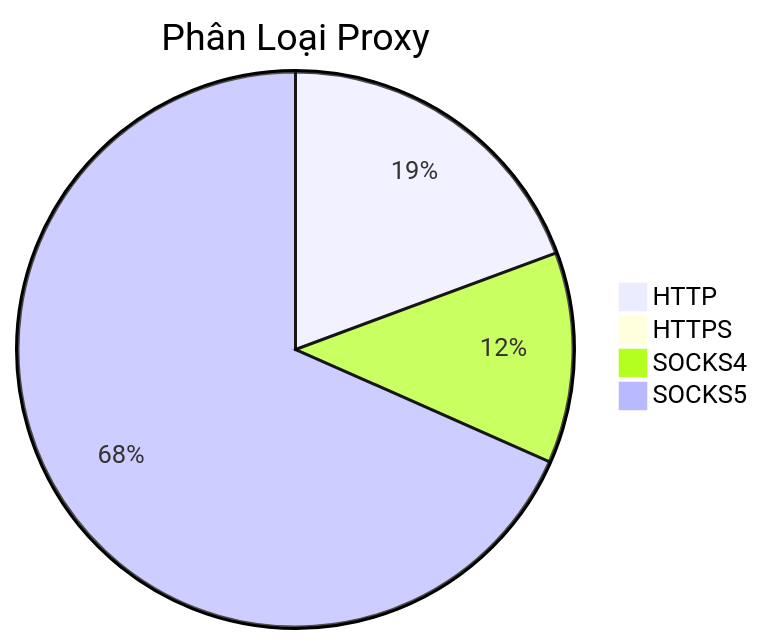
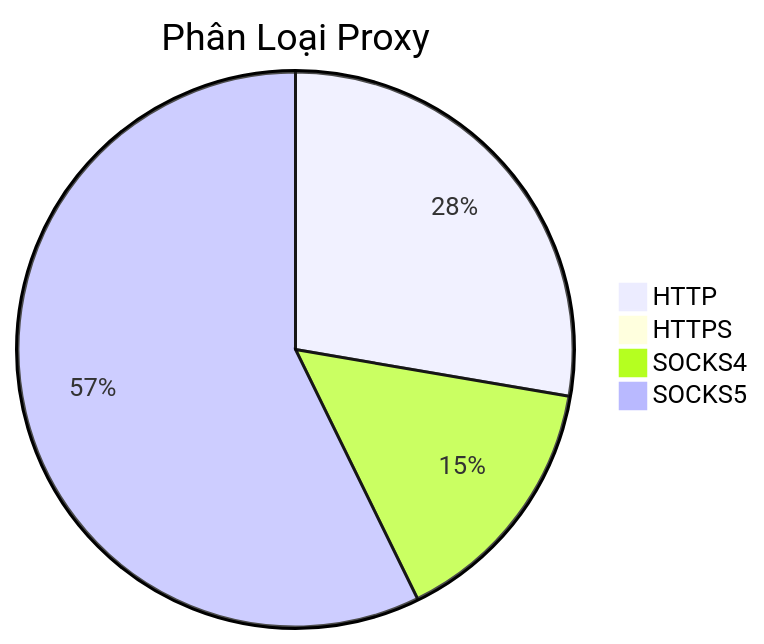
The diagram in README.md (Ciara-12/PROXY-free), drawn with Mermaid before and after one commit. The commit also changed other lines of this file and 4 other files, not shown here.

````diff
--- a/README.md
+++ b/README.md
@@ -26,7 +26,7 @@
 ```mermaid
 pie title Phân Loại Proxy
-    "HTTP" : 560
-    "HTTPS" : 0
-    "SOCKS4" : 355
-    "SOCKS5" : 1978
+    "HTTP" : 640
+    "HTTPS" : 1
+    "SOCKS4" : 348
+    "SOCKS5" : 1323
 ```
````
